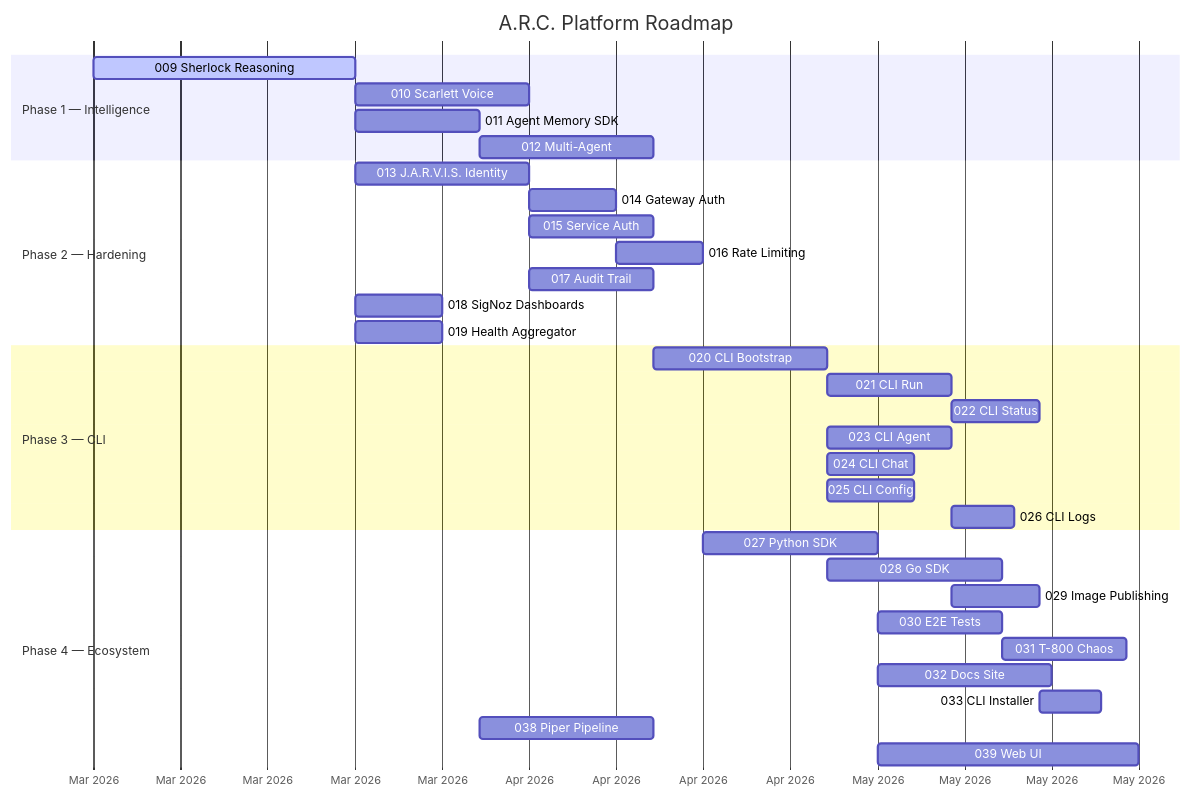
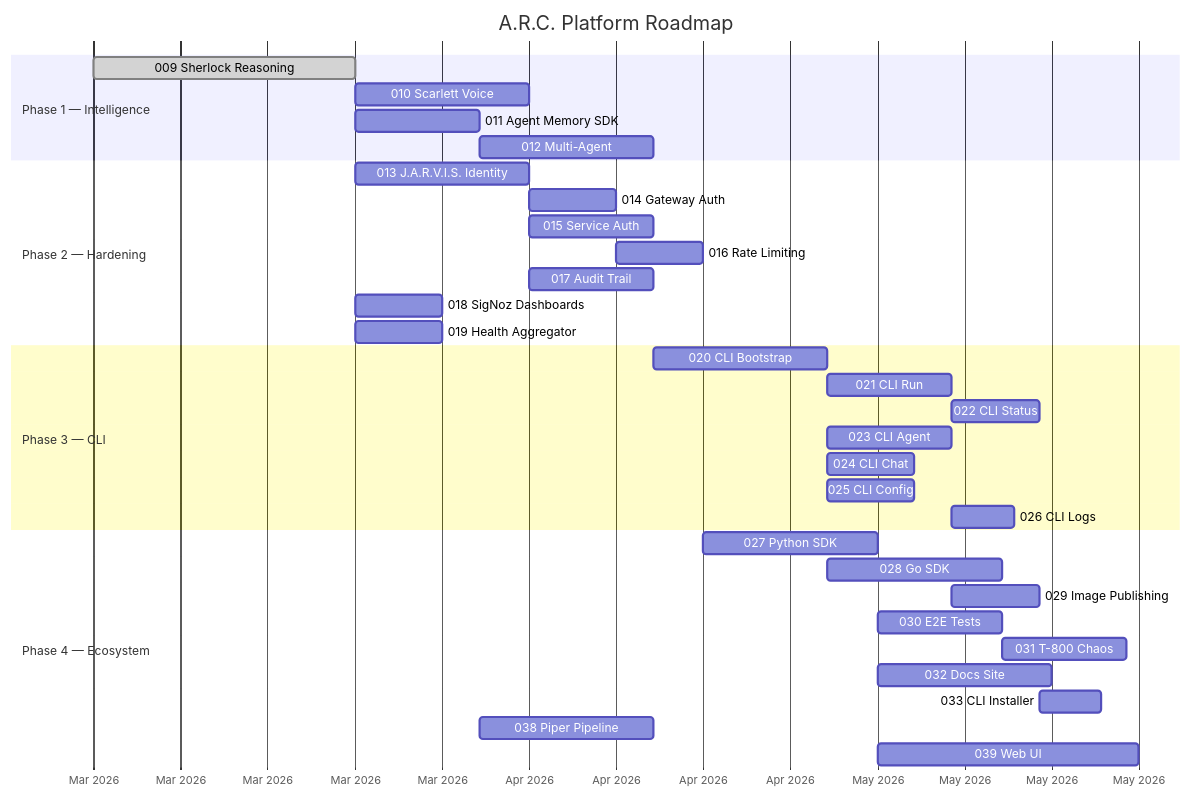
One commit to arc-framework/arc-platform changed the ninth of 12 diagrams in ROADMAP.md. Above: the diagram before and after it, drawn with Mermaid. The commit also changed 1 other file, not shown here.

Commit message:
docs: mark 009-sherlock-reasoning as implemented

````diff
--- a/ROADMAP.md
+++ b/ROADMAP.md
@@ -489,41 +489,41 @@
 ```mermaid
 gantt
     title A.R.C. Platform Roadmap
     dateFormat YYYY-MM-DD
     axisFormat %b %Y
 
     section Phase 1 — Intelligence
-    009 Sherlock Reasoning     :active, p009, 2026-03-01, 21d
+    009 Sherlock Reasoning     :done, p009, 2026-03-01, 21d
     010 Scarlett Voice         :p010, after p009, 14d
     011 Agent Memory SDK       :p011, after p009, 10d
     012 Multi-Agent            :p012, after p011, 14d
 
     section Phase 2 — Hardening
     013 J.A.R.V.I.S. Identity :p013, after p009, 14d
     014 Gateway Auth           :p014, after p013, 7d
     015 Service Auth           :p015, after p013, 10d
     016 Rate Limiting          :p016, after p014, 7d
     017 Audit Trail            :p017, after p013, 10d
     018 SigNoz Dashboards      :p018, after p009, 7d
     019 Health Aggregator      :p019, after p009, 7d
 
     section Phase 3 — CLI
     020 CLI Bootstrap          :p020, after p012, 14d
     021 CLI Run                :p021, after p020, 10d
     022 CLI Status             :p022, after p021, 7d
     023 CLI Agent              :p023, after p020, 10d
     024 CLI Chat               :p024, after p020, 7d
     025 CLI Config             :p025, after p020, 7d
     026 CLI Logs               :p026, after p021, 5d
 
     section Phase 4 — Ecosystem
     027 Python SDK             :p027, after p016, 14d
     028 Go SDK                 :p028, after p020, 14d
     029 Image Publishing       :p029, after p021, 7d
     030 E2E Tests              :p030, after p027, 10d
     031 T-800 Chaos            :p031, after p030, 10d
     032 Docs Site              :p032, after p027, 14d
     033 CLI Installer          :p033, after p029, 5d
     038 Piper Pipeline         :p038, after p011, 14d
     039 Web UI                 :p039, after p027, 21d
 ```
````
